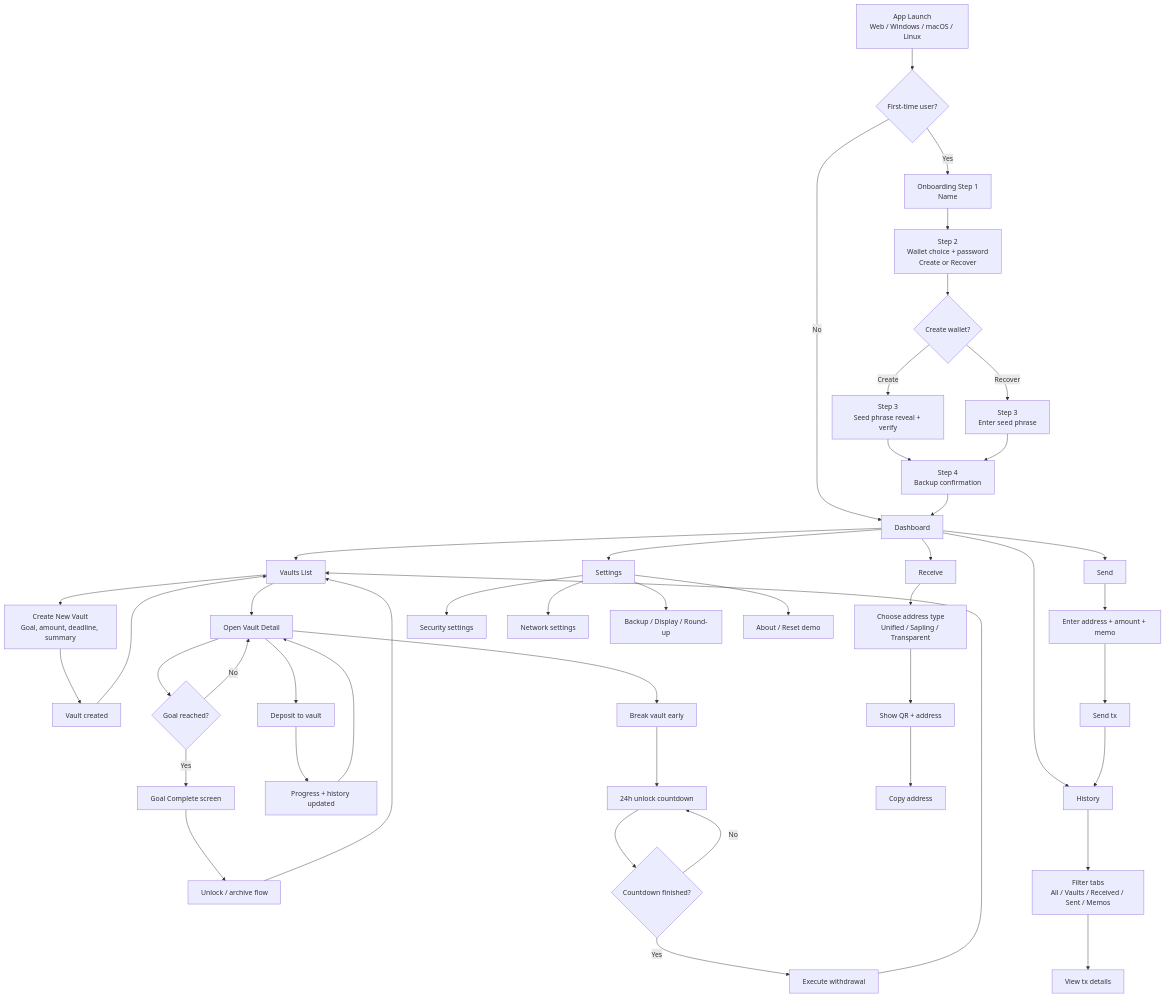
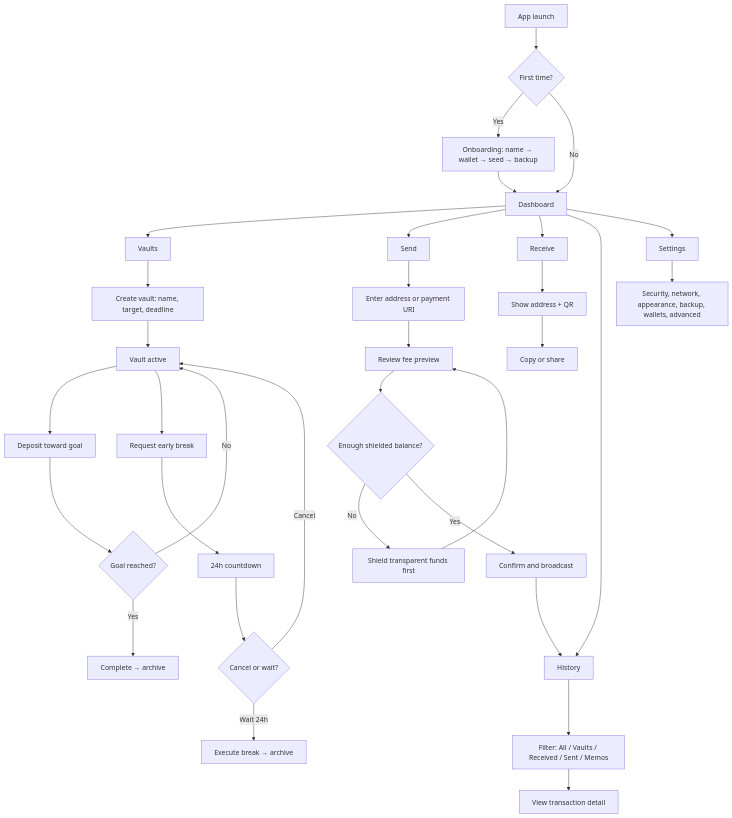
One commit to gorusys/zecvault changed the diagram in docs/user-flow.md. Above: the diagram before and after it, drawn with Mermaid. The commit also changed other lines of this file and 6 other files, not shown here.

````diff
--- a/docs/user-flow.md
+++ b/docs/user-flow.md
@@ -5,58 +120,42 @@
 ```mermaid
 flowchart TD
-    A[App Launch\nWeb / Windows / macOS / Linux] --> B{First-time user?}
-    B -->|Yes| C[Onboarding Step 1\nName]
+    A[App launch] --> B{First time?}
+    B -->|Yes| C[Onboarding: name → wallet → seed → backup]
     B -->|No| H[Dashboard]
+    C --> H
 
-    C --> D[Step 2\nWallet choice + password\nCreate or Recover]
-    D --> E{Create wallet?}
-    E -->|Create| F[Step 3\nSeed phrase reveal + verify]
-    E -->|Recover| G[Step 3\nEnter seed phrase]
-    F --> H1[Step 4\nBackup confirmation]
-    G --> H1[Step 4\nBackup confirmation]
-    H1 --> H
-
-    H --> I[Vaults List]
+    H --> I[Vaults]
     H --> J[Send]
     H --> K[Receive]
     H --> L[History]
     H --> M[Settings]
 
-    I --> I1[Create New Vault\nGoal, amount, deadline, summary]
-    I1 --> I2[Vault created]
-    I2 --> I
+    I --> I1[Create vault: name, target, deadline]
+    I1 --> I2[Vault active]
+    I2 --> I3[Deposit toward goal]
+    I3 --> I4{Goal reached?}
+    I4 -->|Yes| I5[Complete → archive]
+    I4 -->|No| I2
 
-    I --> N[Open Vault Detail]
-    N --> N1[Deposit to vault]
-    N1 --> N2[Progress + history updated]
-    N2 --> N
+    I2 --> I6[Request early break]
+    I6 --> I7[24h countdown]
+    I7 --> I8{Cancel or wait?}
+    I8 -->|Cancel| I2
+    I8 -->|Wait 24h| I9[Execute break → archive]
 
-    N --> N3{Goal reached?}
-    N3 -->|Yes| N4[Goal Complete screen]
-    N4 --> N5[Unlock / archive flow]
-    N5 --> I
-    N3 -->|No| N
+    J --> J1[Enter address or payment URI]
+    J1 --> J2[Review fee preview]
+    J2 --> J3{Enough shielded balance?}
+    J3 -->|No| J4[Shield transparent funds first]
+    J4 --> J2
+    J3 -->|Yes| J5[Confirm and broadcast]
+    J5 --> L
 
-    N --> N6[Break vault early]
-    N6 --> N7[24h unlock countdown]
-    N7 --> N8{Countdown finished?}
-    N8 -->|No| N7
-    N8 -->|Yes| N9[Execute withdrawal]
-    N9 --> I
+    K --> K1[Show address + QR]
+    K1 --> K2[Copy or share]
 
-    J --> J1[Enter address + amount + memo]
-    J1 --> J2[Send tx]
-    J2 --> L
+    L --> L1[Filter: All / Vaults / Received / Sent / Memos]
+    L1 --> L2[View transaction detail]
 
-    K --> K1[Choose address type\nUnified / Sapling / Transparent]
-    K1 --> K2[Show QR + address]
-    K2 --> K3[Copy address]
-
-    L --> L1[Filter tabs\nAll / Vaults / Received / Sent / Memos]
-    L1 --> L2[View tx details]
-
-    M --> M1[Security settings]
-    M --> M2[Network settings]
-    M --> M3[Backup / Display / Round-up]
-    M --> M4[About / Reset demo]
+    M --> M1[Security, network, appearance, backup, wallets, advanced]
 ```
````
